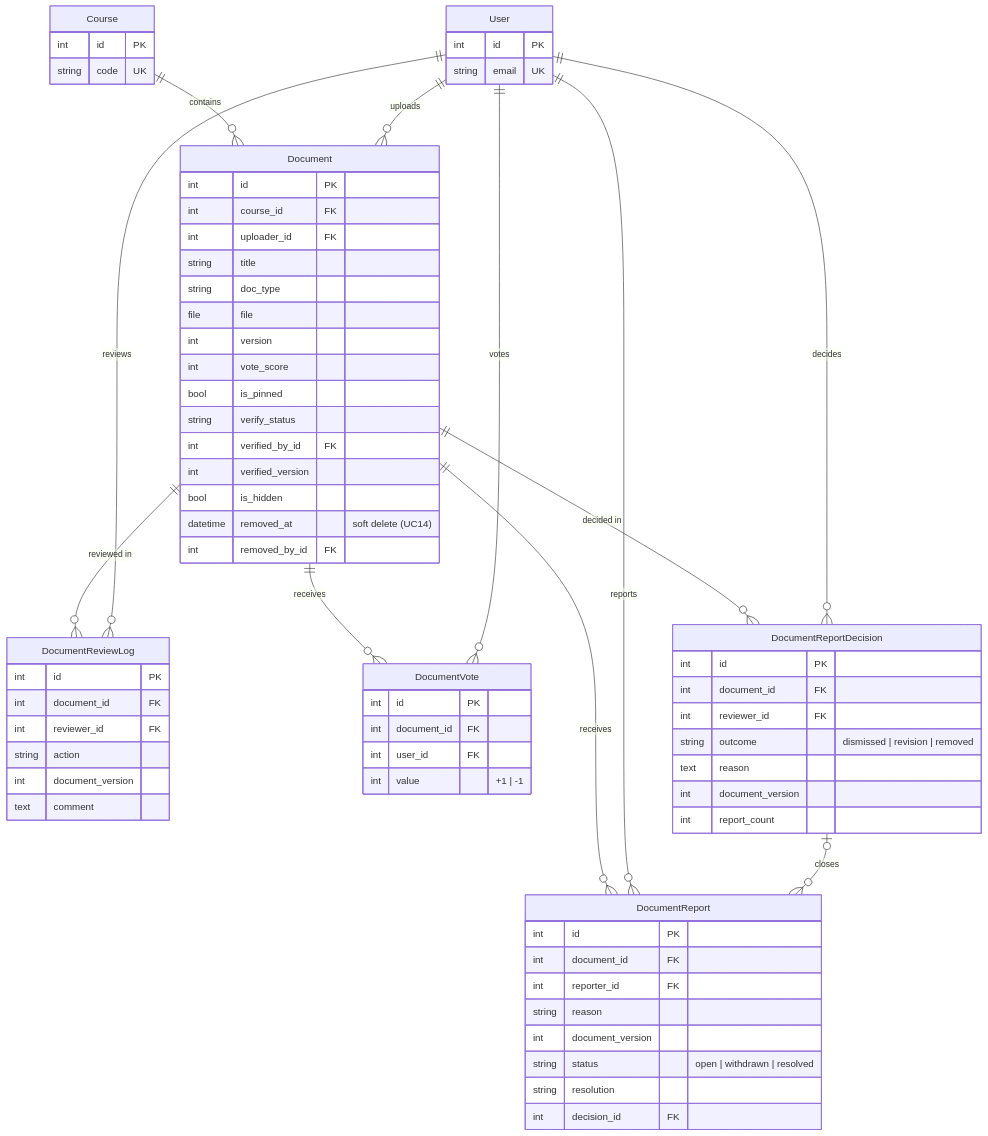
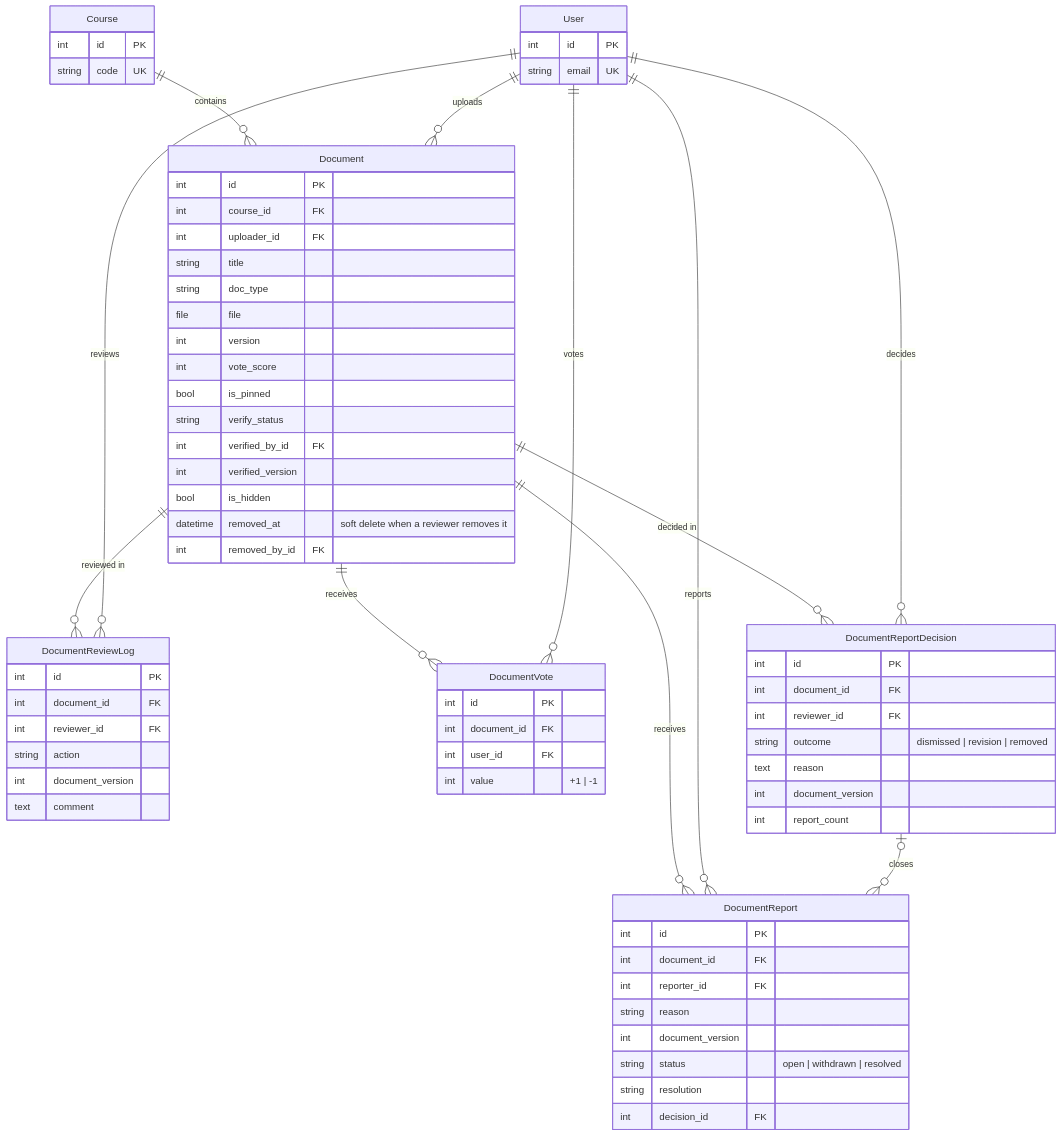
The fourth of 4 diagrams in README.md (6710685055/CN331_MawongMavods), drawn with Mermaid before and after one commit. The commit also changed other lines of this file, not shown here.

````diff
--- a/README.md
+++ b/README.md
@@ -348,73 +355,73 @@
 ```mermaid
 erDiagram
     User {
         int id PK
         string email UK
     }
     Course {
         int id PK
         string code UK
     }
     Document {
         int id PK
         int course_id FK
         int uploader_id FK
         string title
         string doc_type
         file file
         int version
         int vote_score
         bool is_pinned
         string verify_status
         int verified_by_id FK
         int verified_version
         bool is_hidden
-        datetime removed_at "soft delete (UC14)"
+        datetime removed_at "soft delete when a reviewer removes it"
         int removed_by_id FK
     }
     DocumentReviewLog {
         int id PK
         int document_id FK
         int reviewer_id FK
         string action
         int document_version
         text comment
     }
     DocumentVote {
         int id PK
         int document_id FK
         int user_id FK
         int value "+1 | -1"
     }
     DocumentReport {
         int id PK
         int document_id FK
         int reporter_id FK
         string reason
         int document_version
         string status "open | withdrawn | resolved"
         string resolution
         int decision_id FK
     }
     DocumentReportDecision {
         int id PK
         int document_id FK
         int reviewer_id FK
         string outcome "dismissed | revision | removed"
         text reason
         int document_version
         int report_count
     }
 
     Course ||--o{ Document : "contains"
     User ||--o{ Document : "uploads"
     Document ||--o{ DocumentReviewLog : "reviewed in"
     User ||--o{ DocumentReviewLog : "reviews"
     Document ||--o{ DocumentVote : "receives"
     User ||--o{ DocumentVote : "votes"
     Document ||--o{ DocumentReport : "receives"
     User ||--o{ DocumentReport : "reports"
     Document ||--o{ DocumentReportDecision : "decided in"
     User ||--o{ DocumentReportDecision : "decides"
     DocumentReportDecision |o--o{ DocumentReport : "closes"
 ```
````
